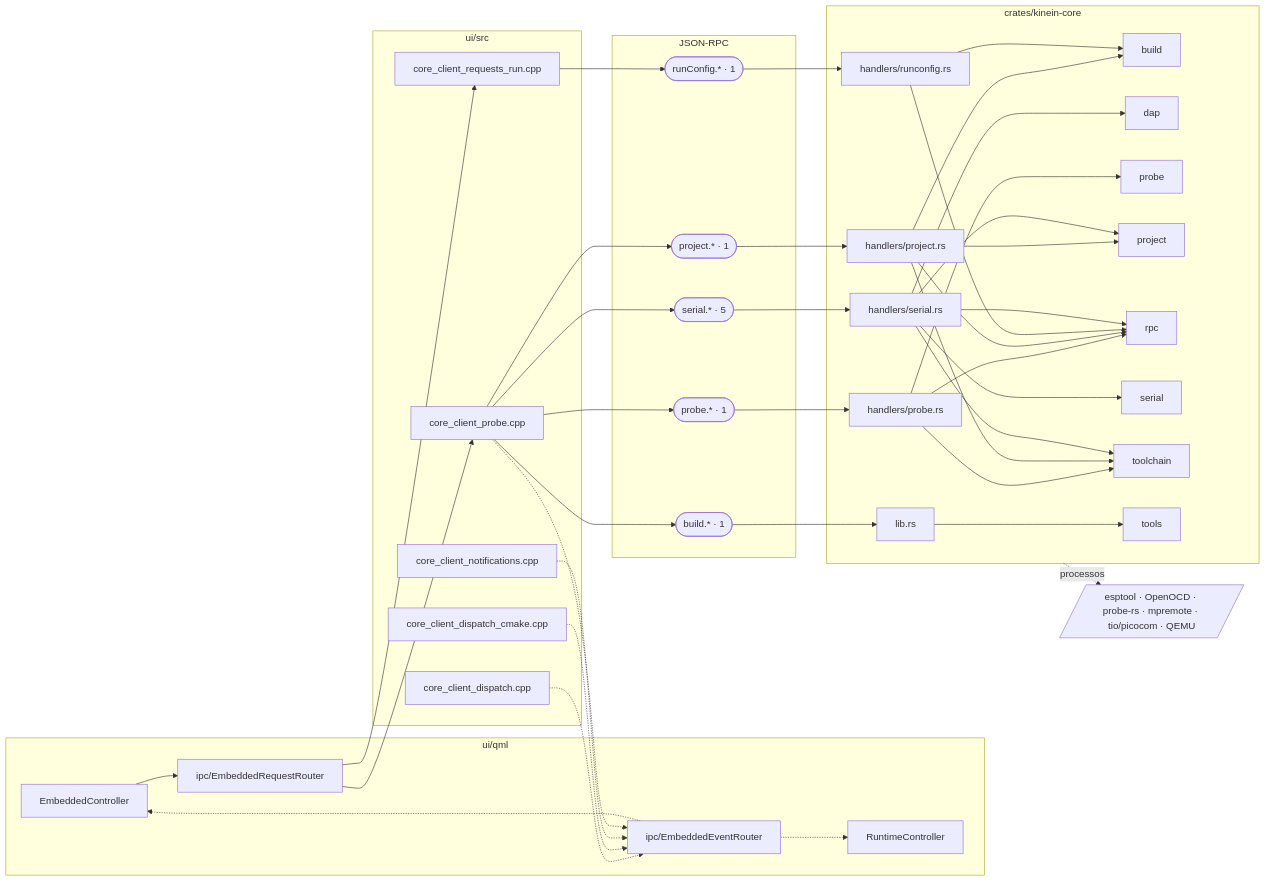
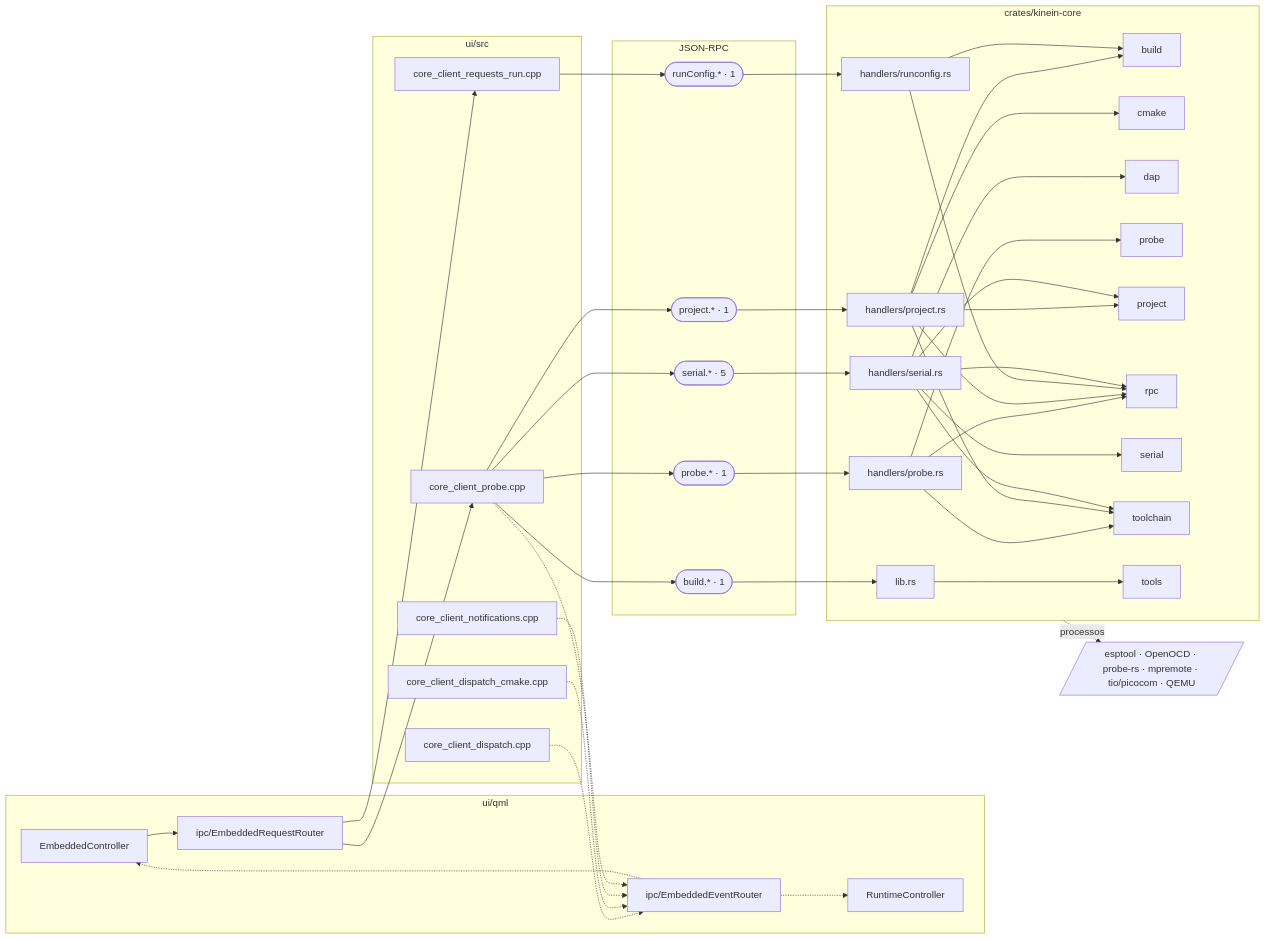
The tenth of 16 diagrams in DocsPublic/arquitetura/01-mapa-de-modulos.md (ViktorWalde/KineinVectis), drawn with Mermaid before and after one commit. The commit also changed other lines of this file and 39 other files, not shown here.

````diff
--- a/DocsPublic/arquitetura/01-mapa-de-modulos.md
+++ b/DocsPublic/arquitetura/01-mapa-de-modulos.md
@@ -900,74 +899,76 @@
 ```mermaid
 flowchart LR
   subgraph QML["ui/qml"]
     n_ui_qml_embedded_EmbeddedController_qml["EmbeddedController"]
     n_ui_qml_runtime_RuntimeController_qml["RuntimeController"]
     n_ui_qml_ipc_EmbeddedRequestRouter_qml["ipc/EmbeddedRequestRouter"]
     n_ui_qml_ipc_EmbeddedEventRouter_qml["ipc/EmbeddedEventRouter"]
   end
   subgraph CPP["ui/src"]
     n_ui_src_core_client_dispatch_cpp["core_client_dispatch.cpp"]
     n_ui_src_core_client_dispatch_cmake_cpp["core_client_dispatch_cmake.cpp"]
     n_ui_src_core_client_notifications_cpp["core_client_notifications.cpp"]
     n_ui_src_core_client_probe_cpp["core_client_probe.cpp"]
     n_ui_src_core_client_requests_run_cpp["core_client_requests_run.cpp"]
   end
   subgraph IPC["JSON-RPC"]
     n_ipc_build(["build.* · 1"])
     n_ipc_probe(["probe.* · 1"])
     n_ipc_project(["project.* · 1"])
     n_ipc_runConfig(["runConfig.* · 1"])
     n_ipc_serial(["serial.* · 5"])
   end
   subgraph CORE["crates/kinein-core"]
     n_crates_kinein_core_src_handlers_probe_rs["handlers/probe.rs"]
     n_crates_kinein_core_src_handlers_project_rs["handlers/project.rs"]
     n_crates_kinein_core_src_handlers_runconfig_rs["handlers/runconfig.rs"]
     n_crates_kinein_core_src_handlers_serial_rs["handlers/serial.rs"]
     n_crates_kinein_core_src_lib_rs["lib.rs"]
     n_core_build[build]
+    n_core_cmake[cmake]
     n_core_dap[dap]
     n_core_probe[probe]
     n_core_project[project]
     n_core_rpc[rpc]
     n_core_serial[serial]
     n_core_toolchain[toolchain]
     n_core_tools[tools]
   end
   n_tools_embedded[/"esptool · OpenOCD · probe-rs · mpremote · tio/picocom · QEMU"/]
   n_ui_qml_embedded_EmbeddedController_qml --> n_ui_qml_ipc_EmbeddedRequestRouter_qml
   n_ui_qml_ipc_EmbeddedEventRouter_qml -.-> n_ui_qml_embedded_EmbeddedController_qml
   n_ui_qml_ipc_EmbeddedEventRouter_qml -.-> n_ui_qml_runtime_RuntimeController_qml
   n_ui_qml_ipc_EmbeddedRequestRouter_qml --> n_ui_src_core_client_probe_cpp
   n_ui_qml_ipc_EmbeddedRequestRouter_qml --> n_ui_src_core_client_requests_run_cpp
   n_ui_src_core_client_dispatch_cpp -.-> n_ui_qml_ipc_EmbeddedEventRouter_qml
   n_ui_src_core_client_dispatch_cmake_cpp -.-> n_ui_qml_ipc_EmbeddedEventRouter_qml
   n_ui_src_core_client_notifications_cpp -.-> n_ui_qml_ipc_EmbeddedEventRouter_qml
   n_ui_src_core_client_probe_cpp --> n_ipc_build
   n_ui_src_core_client_probe_cpp --> n_ipc_probe
   n_ui_src_core_client_probe_cpp --> n_ipc_project
   n_ui_src_core_client_probe_cpp --> n_ipc_serial
   n_ui_src_core_client_probe_cpp -.-> n_ui_qml_ipc_EmbeddedEventRouter_qml
   n_ui_src_core_client_requests_run_cpp --> n_ipc_runConfig
   n_ipc_probe --> n_crates_kinein_core_src_handlers_probe_rs
   n_crates_kinein_core_src_handlers_probe_rs --> n_core_probe
   n_crates_kinein_core_src_handlers_probe_rs --> n_core_rpc
   n_crates_kinein_core_src_handlers_probe_rs --> n_core_toolchain
   n_ipc_project --> n_crates_kinein_core_src_handlers_project_rs
   n_crates_kinein_core_src_handlers_project_rs --> n_core_build
+  n_crates_kinein_core_src_handlers_project_rs --> n_core_cmake
   n_crates_kinein_core_src_handlers_project_rs --> n_core_project
   n_crates_kinein_core_src_handlers_project_rs --> n_core_rpc
   n_crates_kinein_core_src_handlers_project_rs --> n_core_toolchain
   n_ipc_runConfig --> n_crates_kinein_core_src_handlers_runconfig_rs
   n_crates_kinein_core_src_handlers_runconfig_rs --> n_core_build
   n_crates_kinein_core_src_handlers_runconfig_rs --> n_core_rpc
   n_ipc_serial --> n_crates_kinein_core_src_handlers_serial_rs
   n_crates_kinein_core_src_handlers_serial_rs --> n_core_dap
   n_crates_kinein_core_src_handlers_serial_rs --> n_core_project
   n_crates_kinein_core_src_handlers_serial_rs --> n_core_rpc
   n_crates_kinein_core_src_handlers_serial_rs --> n_core_serial
   n_crates_kinein_core_src_handlers_serial_rs --> n_core_toolchain
   n_ipc_build --> n_crates_kinein_core_src_lib_rs
   n_crates_kinein_core_src_lib_rs --> n_core_tools
   CORE -.->|processos| n_tools_embedded
 ```
````
